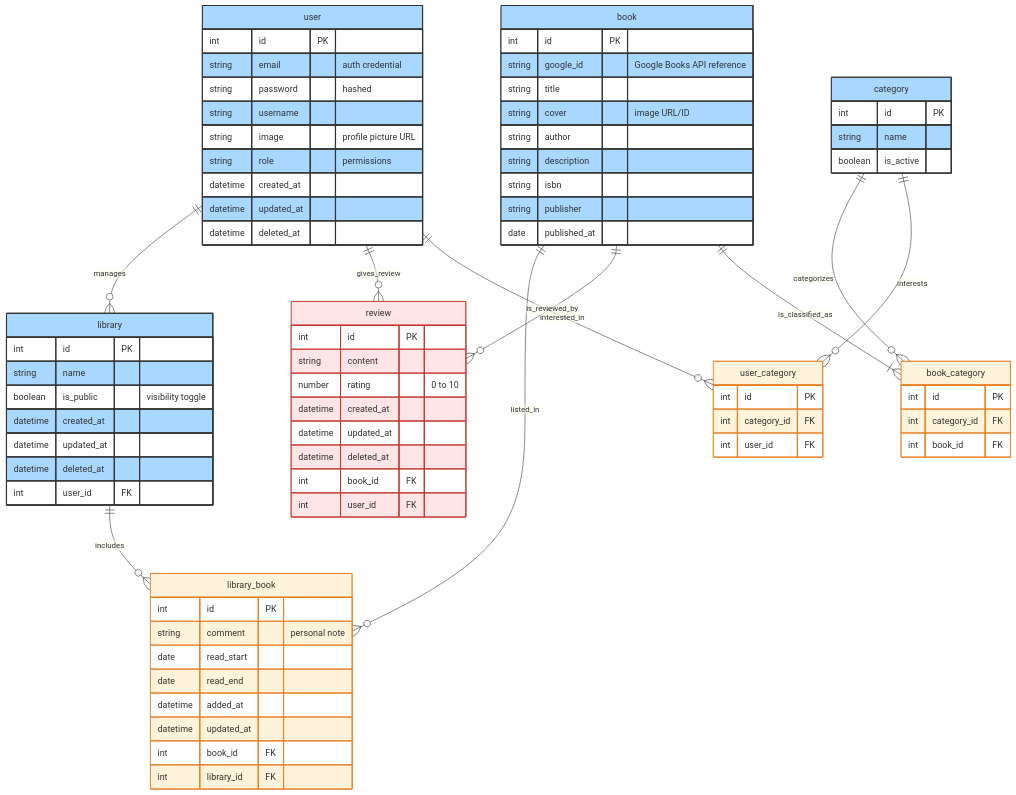
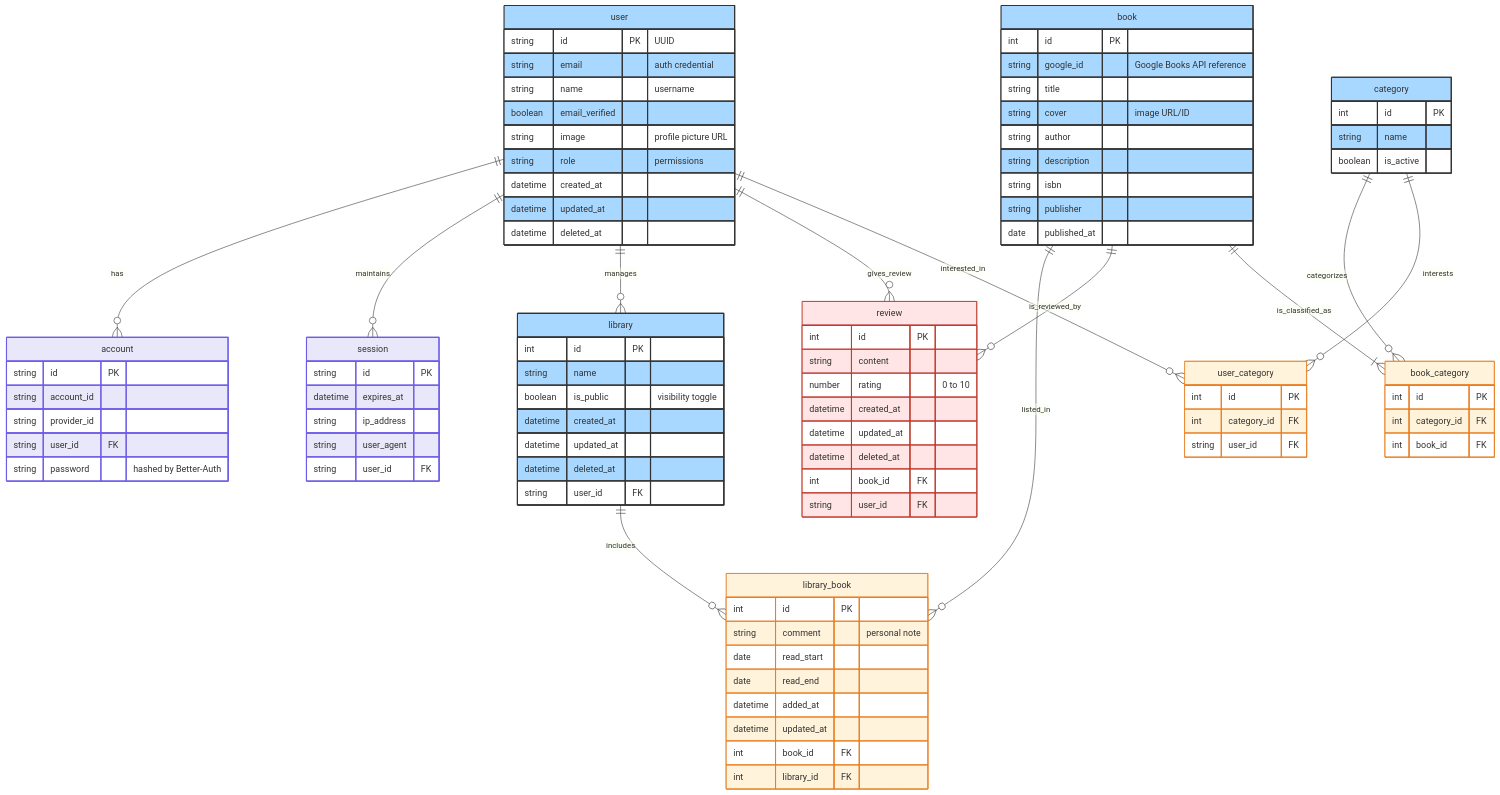
One commit to Mohinsch/BookyBlinders changed the diagram in booky-blinders/conception/ErdBb.md. Above: the diagram before and after it, drawn with Mermaid. The commit also changed other lines of this file and 2 other files, not shown here.

Commit message:
fix: change ERD to add table for Better-Auth

````diff
--- a/booky-blinders/conception/ErdBb.md
+++ b/booky-blinders/conception/ErdBb.md
@@ -9,7 +10,9 @@
 ```mermaid
 erDiagram
-    %% Legend: Blue = MVP Entities | Orange = Pivot Tables | Red = Evolutions
+    %% Legend: Blue = MVP | Orange = Pivot | Red = Evolutions | Purple = Better-Auth
     
+    user ||--o{ account : has
+    user ||--o{ session : maintains
     user ||--o{ library : manages
     library ||--o{ library_book : includes
     book ||--o{ library_book : listed_in
@@ -20,11 +23,12 @@
     category ||--o{ user_category : interests
     user ||--o{ user_category : interested_in
 
+    %% Better-Auth Tables
     user {
-        int id PK
+        string id PK "UUID"
         string email "auth credential"
-        string password "hashed"
-        string username
+        string name "username"
+        boolean email_verified
         string image "profile picture URL"
         string role "permissions"
         datetime created_at
@@ -32,6 +36,23 @@
         datetime deleted_at
     }
 
+    account {
+        string id PK
+        string account_id
+        string provider_id
+        string user_id FK
+        string password "hashed by Better-Auth"
+    }
+
+    session {
+        string id PK
+        datetime expires_at
+        string ip_address
+        string user_agent
+        string user_id FK
+    }
+
+    %% MVP Business Tables
     library {
         int id PK
         string name
@@ -39,7 +60,7 @@
         datetime created_at
         datetime updated_at
         datetime deleted_at
-        int user_id FK
+        string user_id FK
     }
 
     library_book {
@@ -65,23 +86,13 @@
         date published_at
     }
 
-    review {
-        int id PK
-        string content
-        number rating "0 to 10"
-        datetime created_at
-        datetime updated_at
-        datetime deleted_at
-        int book_id FK
-        int user_id FK
-    }
-
     category {
         int id PK
         string name
         boolean is_active
     }
 
+    %% Pivot Tables
     book_category {
         int id PK
         int category_id FK
@@ -91,15 +102,28 @@
     user_category {
         int id PK
         int category_id FK
-        int user_id FK
+        string user_id FK
     }
 
+    %% Evolutions
+    review {
+        int id PK
+        string content
+        number rating "0 to 10"
+        datetime created_at
+        datetime updated_at
+        datetime deleted_at
+        int book_id FK
+        string user_id FK
+    }
+
+    classDef auth fill:#E8E8FA,stroke:#6C5CE7,stroke-width:2px
     classDef entity fill:#A8D8FF,stroke:#333,stroke-width:2px
     classDef pivot fill:#fff4db,stroke:#e67e22,stroke-width:1px
     classDef evolution fill:#ffe5e5,stroke:#c0392b,stroke-width:1px
 
-    class review evolution
+    class account,session auth
     class user,library,book,category entity
     class user_category,book_category,library_book pivot
-
+    class review evolution
 ```
````
